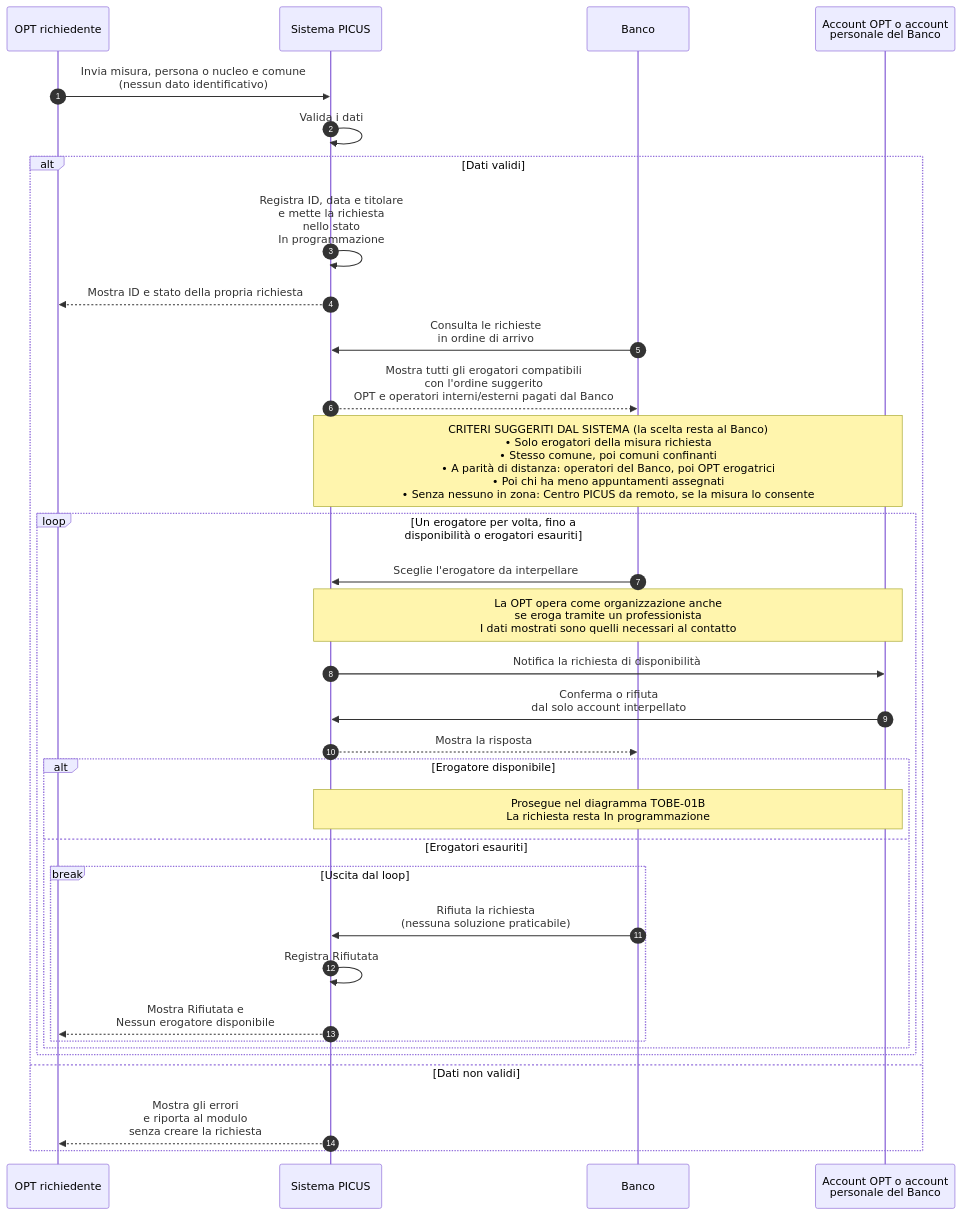
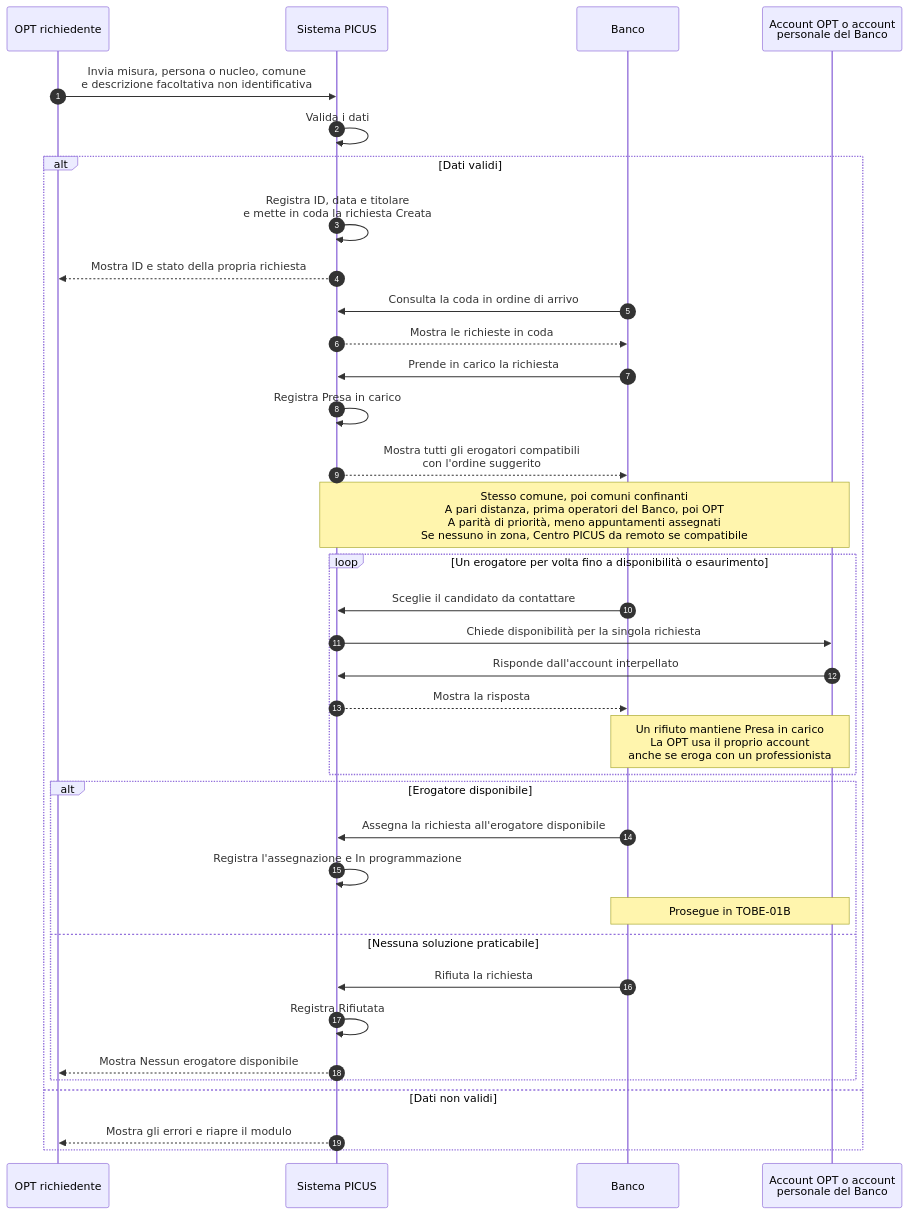
One commit to Pinguini-alla-Fragola/Progetto-SAD changed the diagram in docs/requirements/diagrams/to-be/TOBE-01A-richieste-disponibilita.mmd. Above: the diagram before and after it, drawn with Mermaid. The commit also changed 43 other files, not shown here.

First line of the commit message:
Completa la baseline architetturale di PICUS per lo Sprint 2 (#85)

```diff
--- a/docs/requirements/diagrams/to-be/TOBE-01A-richieste-disponibilita.mmd
+++ b/docs/requirements/diagrams/to-be/TOBE-01A-richieste-disponibilita.mmd
@@ -1,38 +1,39 @@
-%% TOBE-01A v0.4 - 07/11/2026
-%% Proposta del team: Epic #20. Allineato alle risposte del cliente (seconda tornata) e alle scelte del gruppo registrate il 03/11/2026.
-%% Il Banco lavora le richieste in ordine di arrivo e interpella un erogatore per volta.
-%% Il sistema puo' suggerire l'ordine degli erogatori; la scelta resta al Banco.
+%% TOBE-01A v0.7 - 14/11/2026
+%% Invio e ricerca. I soggetti coinvolti possono annullare secondo la regola in TOBE-01B.
 sequenceDiagram
     autonumber
     participant R as OPT richiedente
     participant S as Sistema PICUS
     participant B as Banco
     participant E as Account OPT o account<br/>personale del Banco
 
-    R->>S: Invia misura, persona o nucleo e comune<br/>(nessun dato identificativo)
+    R->>S: Invia misura, persona o nucleo, comune<br/>e descrizione facoltativa non identificativa
     S->>S: Valida i dati
     alt Dati validi
-        S->>S: Registra ID, data e titolare<br/>e mette la richiesta<br/>nello stato<br/>In programmazione
+        S->>S: Registra ID, data e titolare<br/>e mette in coda la richiesta Creata
         S-->>R: Mostra ID e stato della propria richiesta
-        B->>S: Consulta le richieste<br/>in ordine di arrivo
-        S-->>B: Mostra tutti gli erogatori compatibili<br/>con l'ordine suggerito<br/>OPT e operatori interni/esterni pagati dal Banco
-        Note over S,E: CRITERI SUGGERITI DAL SISTEMA (la scelta resta al Banco)<br/>• Solo erogatori della misura richiesta<br/>• Stesso comune, poi comuni confinanti<br/>• A parità di distanza: operatori del Banco, poi OPT erogatrici<br/>• Poi chi ha meno appuntamenti assegnati<br/>• Senza nessuno in zona: Centro PICUS da remoto, se la misura lo consente
-        loop Un erogatore per volta, fino a<br/>disponibilità o erogatori esauriti
-            B->>S: Sceglie l'erogatore da interpellare
-            Note over S,E: La OPT opera come organizzazione anche<br/>se eroga tramite un professionista<br/>I dati mostrati sono quelli necessari al contatto
-            S->>E: Notifica la richiesta di disponibilità
-            E->>S: Conferma o rifiuta<br/>dal solo account interpellato
+        B->>S: Consulta la coda in ordine di arrivo
+        S-->>B: Mostra le richieste in coda
+        B->>S: Prende in carico la richiesta
+        S->>S: Registra Presa in carico
+        S-->>B: Mostra tutti gli erogatori compatibili<br/>con l'ordine suggerito
+        Note over S,E: Stesso comune, poi comuni confinanti<br/>A pari distanza, prima operatori del Banco, poi OPT<br/>A parità di priorità, meno appuntamenti assegnati<br/>Se nessuno in zona, Centro PICUS da remoto se compatibile
+        loop Un erogatore per volta fino a disponibilità o esaurimento
+            B->>S: Sceglie il candidato da contattare
+            S->>E: Chiede disponibilità per la singola richiesta
+            E->>S: Risponde dall'account interpellato
             S-->>B: Mostra la risposta
-            alt Erogatore disponibile
-                Note over S,E: Prosegue nel diagramma TOBE-01B<br/>La richiesta resta In programmazione
-            else Erogatori esauriti
-                break Uscita dal loop
-                    B->>S: Rifiuta la richiesta<br/>(nessuna soluzione praticabile)
-                    S->>S: Registra Rifiutata
-                    S-->>R: Mostra Rifiutata e<br/>Nessun erogatore disponibile
-                end
-            end
+            Note over B,E: Un rifiuto mantiene Presa in carico<br/>La OPT usa il proprio account<br/>anche se eroga con un professionista
+        end
+        alt Erogatore disponibile
+            B->>S: Assegna la richiesta all'erogatore disponibile
+            S->>S: Registra l'assegnazione e In programmazione
+            Note over B,E: Prosegue in TOBE-01B
+        else Nessuna soluzione praticabile
+            B->>S: Rifiuta la richiesta
+            S->>S: Registra Rifiutata
+            S-->>R: Mostra Nessun erogatore disponibile
         end
     else Dati non validi
-        S-->>R: Mostra gli errori<br/>e riporta al modulo<br/>senza creare la richiesta
+        S-->>R: Mostra gli errori e riapre il modulo
     end
```
